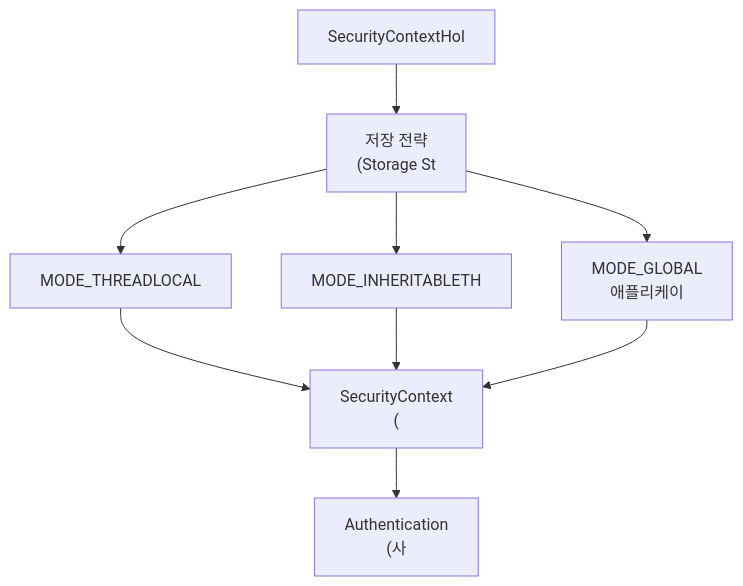
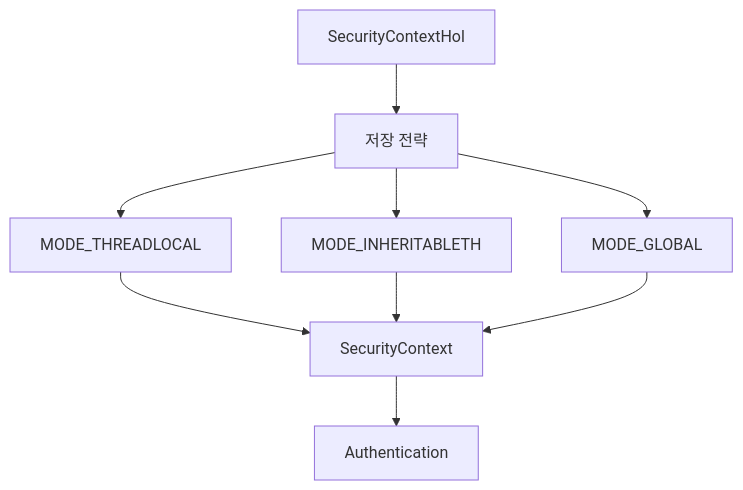
One commit to yjkim2015/yjkim2015.github.io changed the first of 2 diagrams in _posts/security/2021-05-25-SecurityContextHolder, SecurityContext.md. Above: the diagram before and after it, drawn with Mermaid. The commit also changed 217 other files, not shown here.

First line of the commit message:
Mermaid 크기 수정: useMaxWidth:true + SVG max-width:100% + 라벨 축소

````diff
--- a/_posts/security/2021-05-25-SecurityContextHolder, SecurityContext.md
+++ b/_posts/security/2021-05-25-SecurityContextHolder, SecurityContext.md
@@ -20,11 +20,11 @@
 ```mermaid
 flowchart TD
-    A["SecurityContextHol"] --> B["저장 전략\n(Storage St"]
-    B --> C["MODE_THREADLOCAL\n"]
+    A["SecurityContextHol"] --> B["저장 전략"]
+    B --> C["MODE_THREADLOCAL"]
     B --> D["MODE_INHERITABLETH"]
-    B --> E["MODE_GLOBAL\n애플리케이"]
-    C --> F["SecurityContext\n("]
+    B --> E["MODE_GLOBAL"]
+    C --> F["SecurityContext"]
     D --> F
     E --> F
-    F --> G["Authentication\n(사"]
+    F --> G["Authentication"]
 ```
````
